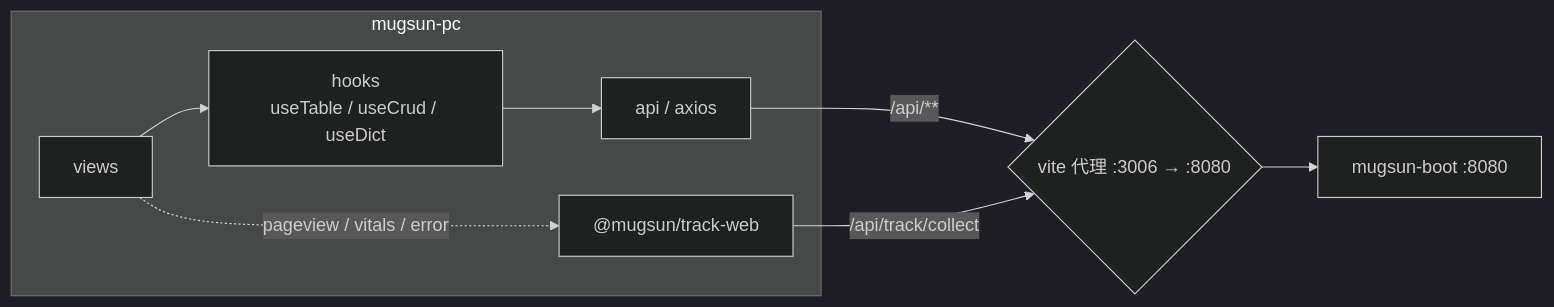
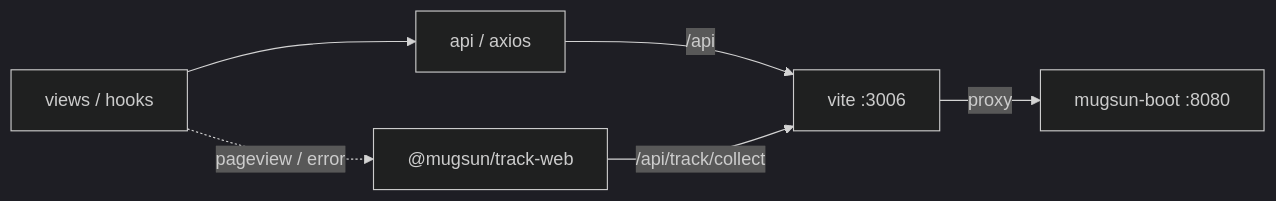
The diagram in README.md (mugsun/mugsun-pc), drawn with Mermaid (dark theme) before and after one commit. The commit also changed other lines of this file and 1 other file, not shown here.

````diff
--- a/README.md
+++ b/README.md
@@ -39,11 +54,8 @@
 ```mermaid
 flowchart LR
-  subgraph FE[mugsun-pc]
-    V[views] --> H[hooks<br/>useTable / useCrud / useDict]
-    H --> A[api / axios]
-    V -. pageview / vitals / error .-> T["@mugsun/track-web"]
-  end
-  A -- /api/** --> P{vite 代理 :3006 → :8080}
-  T -- /api/track/collect --> P
-  P --> B[mugsun-boot :8080]
+  V[views / hooks] --> A[api / axios]
+  V -. pageview / error .-> T["@mugsun/track-web"]
+  A -->|/api| P["vite :3006"]
+  T -->|/api/track/collect| P
+  P -->|proxy| B["mugsun-boot :8080"]
 ```
````
